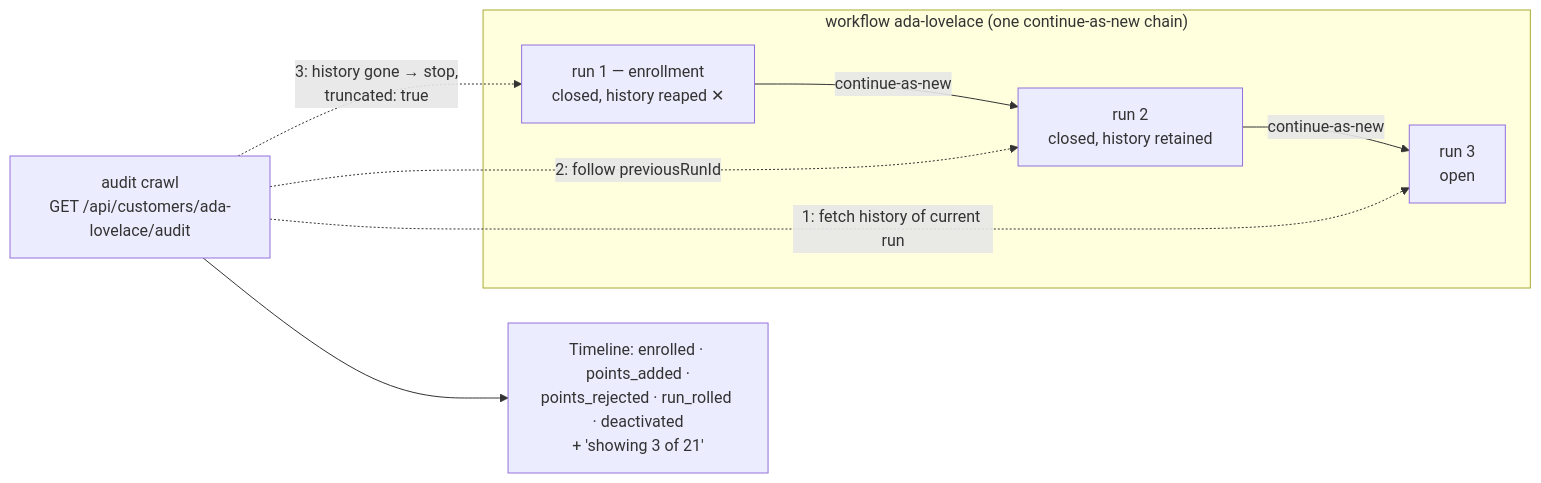
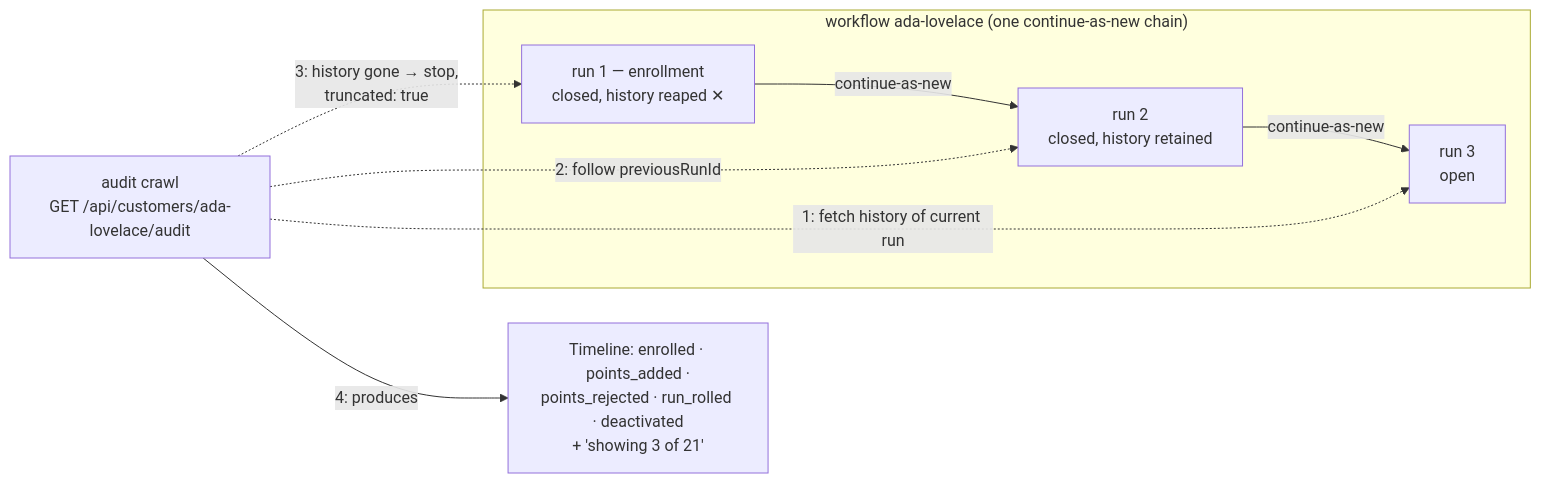
Before and after one commit to anthonywittig/rewards-poc: the fourth of 4 diagrams in docs/architecture.md, drawn with Mermaid.

Commit message:
Label the audit crawl → timeline arrow as step 4.

````diff
--- a/docs/architecture.md
+++ b/docs/architecture.md
@@ -130,17 +130,17 @@
 ```mermaid
 flowchart LR
     subgraph chain["workflow ada-lovelace (one continue-as-new chain)"]
         r1["run 1 — enrollment\nclosed, history reaped ✕"]
         r2["run 2\nclosed, history retained"]
         r3["run 3\nopen"]
         r1 -->|continue-as-new| r2 -->|continue-as-new| r3
     end
 
     crawl["audit crawl\nGET /api/customers/ada-lovelace/audit"]
     crawl -.->|"1: fetch history of current run"| r3
     crawl -.->|"2: follow previousRunId"| r2
     crawl -.->|"3: history gone → stop,\ntruncated: true"| r1
 
     timeline["Timeline: enrolled · points_added ·\npoints_rejected · run_rolled · deactivated\n+ 'showing 3 of 21'"]
-    crawl --> timeline
+    crawl -->|4: produces| timeline
 ```
````
